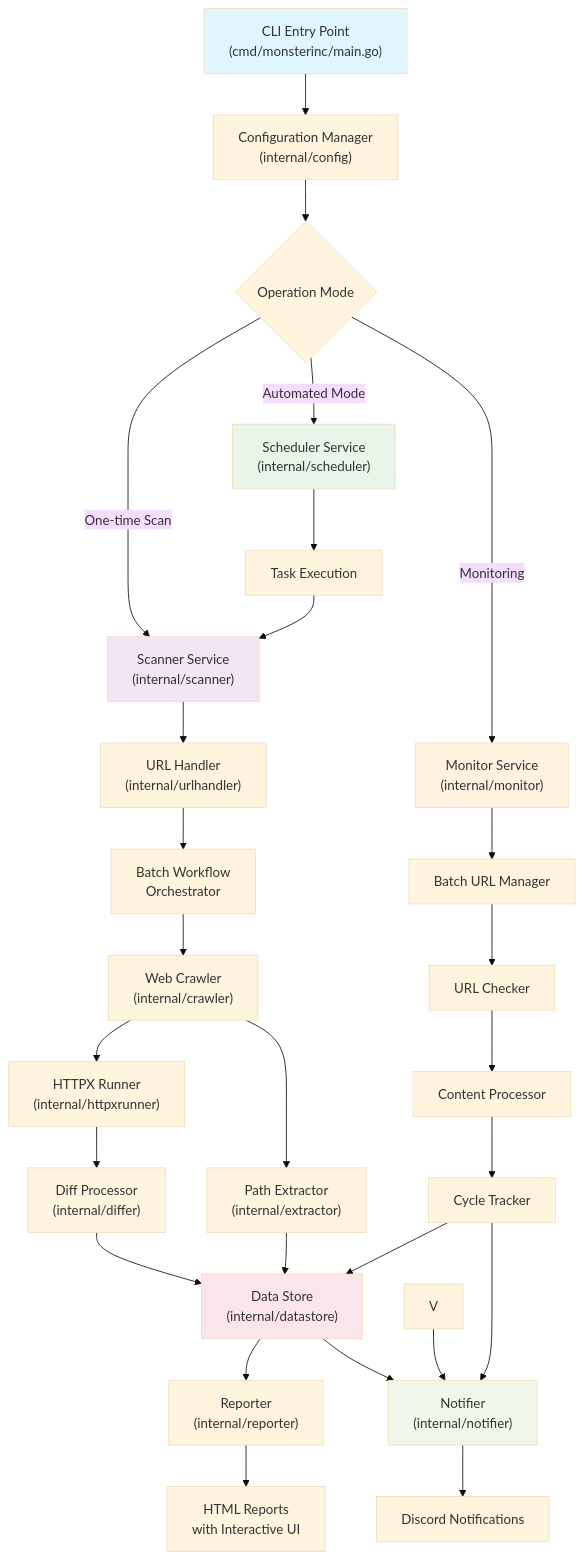
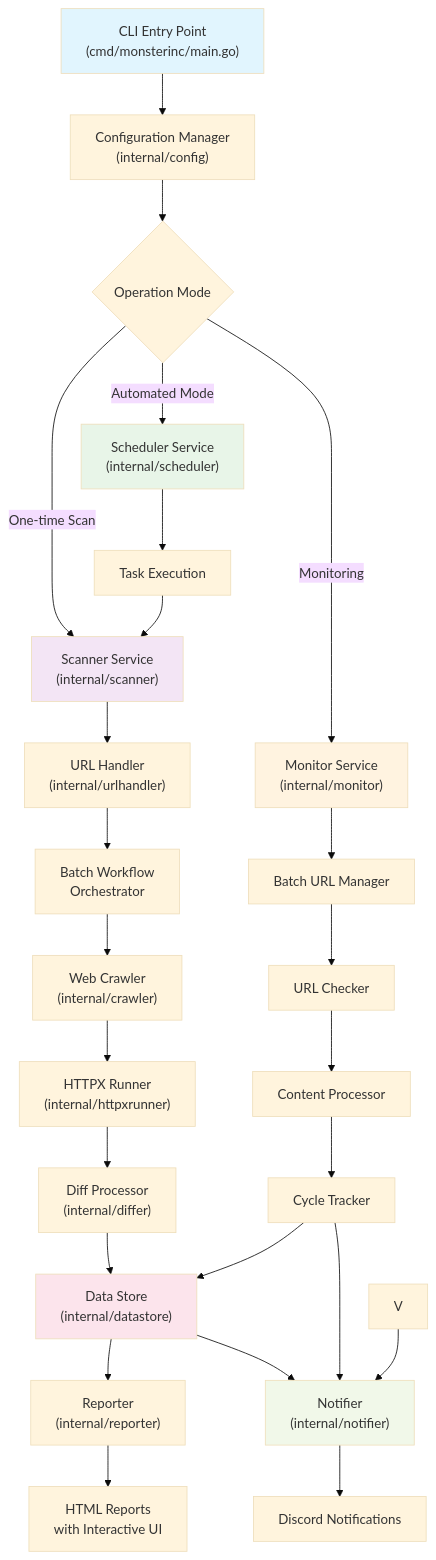
One commit to aleister1102/monsterinc changed the diagram in README.md. Above: the diagram before and after it, drawn with Mermaid (base theme). The commit also changed 40 other files, not shown here.

````diff
--- a/README.md
+++ b/README.md
@@ -124,46 +124,43 @@
 ```mermaid
 graph TD
     A["CLI Entry Point<br/>(cmd/monsterinc/main.go)"] --> B["Configuration Manager<br/>(internal/config)"]
     B --> C{"Operation Mode"}
     
     C -->|One-time Scan| D["Scanner Service<br/>(internal/scanner)"]
     C -->|Automated Mode| E["Scheduler Service<br/>(internal/scheduler)"]
     C -->|Monitoring| F["Monitor Service<br/>(internal/monitor)"]
     
     D --> G["URL Handler<br/>(internal/urlhandler)"]
     G --> H["Batch Workflow<br/>Orchestrator"]
     
     H --> I["Web Crawler<br/>(internal/crawler)"]
     I --> J["HTTPX Runner<br/>(internal/httpxrunner)"]
     J --> K["Diff Processor<br/>(internal/differ)"]
     K --> L["Data Store<br/>(internal/datastore)"]
     
     L --> M["Reporter<br/>(internal/reporter)"]
     M --> N["HTML Reports<br/>with Interactive UI"]
     
     L --> O["Notifier<br/>(internal/notifier)"]
     O --> P["Discord Notifications"]
     
     E --> Q["Task Execution"]
     Q --> D
     
     F --> R["Batch URL Manager"]
     R --> S["URL Checker"]
     S --> T["Content Processor"]
     T --> U["Cycle Tracker"]
     U --> L
     U --> O
     
     
     V --> O
     
-    I --> W["Path Extractor<br/>(internal/extractor)"]
-    W --> L
-    
     style A fill:#e1f5fe
     style D fill:#f3e5f5
     style E fill:#e8f5e8
     style F fill:#fff3e0
     style L fill:#fce4ec
     style O fill:#f1f8e9
 ```
````
